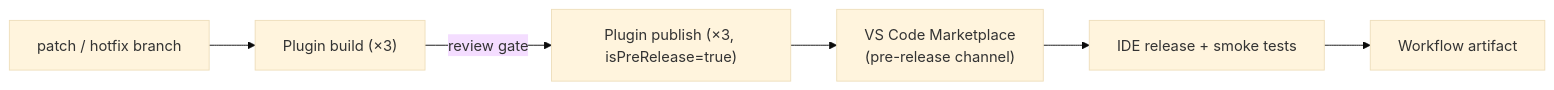
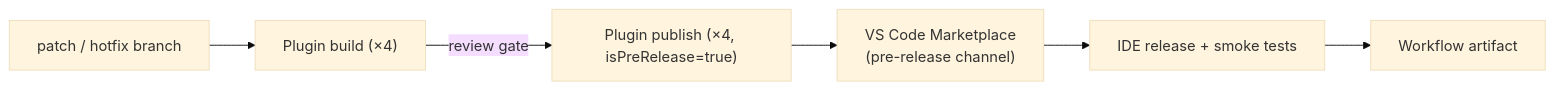
The fourth of 5 diagrams in docs/cicd-pipelines.md (NipunaRanasinghe/wso2i-process-guides), drawn with Mermaid (base theme) before and after one commit. The commit also changed other lines of this file, not shown here.

Commit message:
clarify IDE build process and include WSO2 Integrator extension in release workflows

````diff
--- a/docs/cicd-pipelines.md
+++ b/docs/cicd-pipelines.md
@@ -68,8 +68,8 @@
 ```mermaid
 graph LR
-    M["patch / hotfix branch"] --> PB["Plugin build (×3)"]
-    PB -->|review gate| PP["Plugin publish (×3, isPreRelease=true)"]
+    M["patch / hotfix branch"] --> PB["Plugin build (×4)"]
+    PB -->|review gate| PP["Plugin publish (×4, isPreRelease=true)"]
     PP --> MKP["VS Code Marketplace<br>(pre-release channel)"]
     MKP --> AS["IDE release + smoke tests"]
     AS --> IA["Workflow artifact"]
 ```
````
